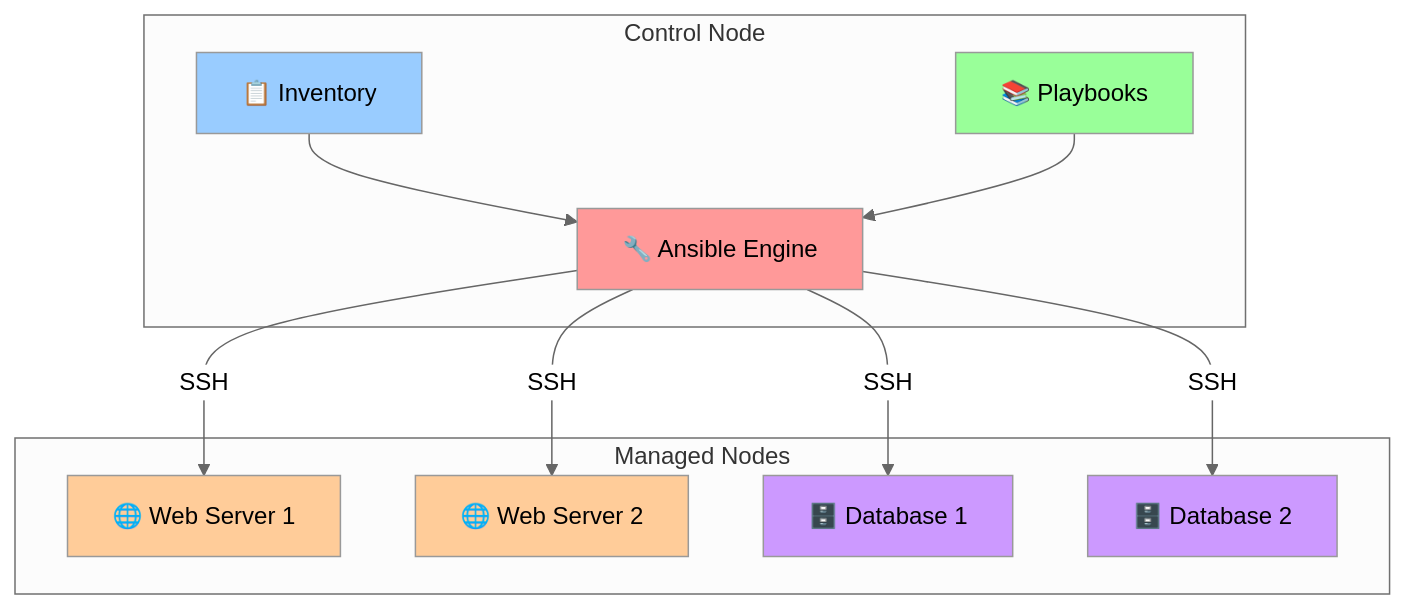
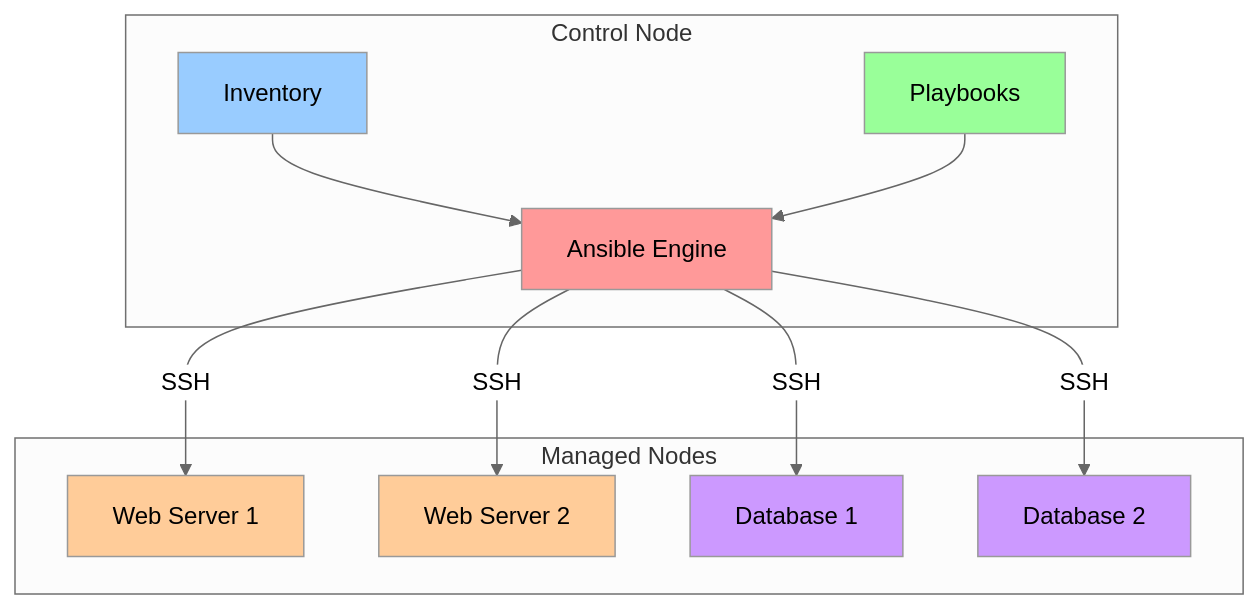
The first of 2 diagrams in docs/ansible_basics/lecture.md (mtalvik/automation), drawn with Mermaid (neutral theme) before and after one commit. The commit also changed other lines of this file and 2 other files, not shown here.

````diff
--- a/docs/ansible_basics/lecture.md
+++ b/docs/ansible_basics/lecture.md
@@ -17,31 +17,31 @@
 ```mermaid
 graph TB
     subgraph "Control Node"
-        Ansible[🔧 Ansible Engine]
-        Inventory[📋 Inventory]
-        Playbooks[📚 Playbooks]
+        Ansible[Ansible Engine]
+        Inventory[Inventory]
+        Playbooks[Playbooks]
     end
     
     subgraph "Managed Nodes"
-        Web1[🌐 Web Server 1]
-        Web2[🌐 Web Server 2]
-        DB1[🗄️ Database 1]
-        DB2[🗄️ Database 2]
+        Web1[Web Server 1]
+        Web2[Web Server 2]
+        DB1[Database 1]
+        DB2[Database 2]
     end
     
     Ansible -->|SSH| Web1
     Ansible -->|SSH| Web2
     Ansible -->|SSH| DB1
     Ansible -->|SSH| DB2
     
     Inventory --> Ansible
     Playbooks --> Ansible
     
     style Ansible fill:#ff9999
     style Inventory fill:#99ccff
     style Playbooks fill:#99ff99
     style Web1 fill:#ffcc99
     style Web2 fill:#ffcc99
     style DB1 fill:#cc99ff
     style DB2 fill:#cc99ff
 ```
````
